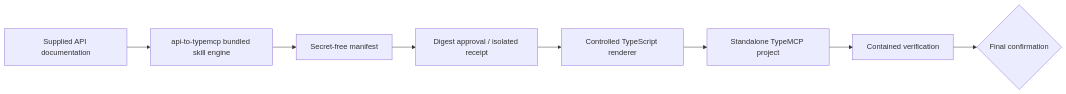
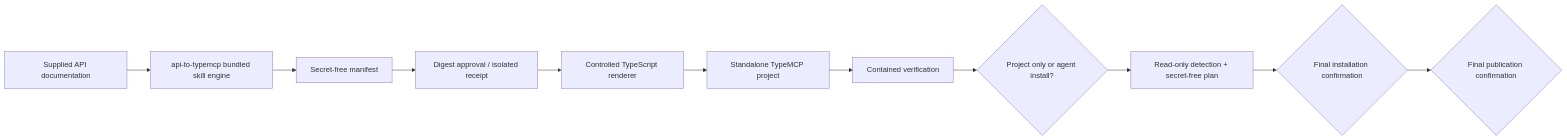
The diagram in docs/architecture/overview.md (Theorvane/type-mcp-api-agent-skill), drawn with Mermaid before and after one commit. The commit also changed 6 other files, not shown here.

Commit message:
feat: detect supported MCP agent clients read-only

````diff
--- a/docs/architecture/overview.md
+++ b/docs/architecture/overview.md
@@ -7,10 +7,13 @@
 ```mermaid
 flowchart LR
   Source[Supplied API documentation] --> Engine[api-to-typemcp bundled skill engine]
   Engine --> Manifest[Secret-free manifest]
   Manifest --> Approval[Digest approval / isolated receipt]
   Approval --> Render[Controlled TypeScript renderer]
   Render --> Project[Standalone TypeMCP project]
   Project --> Verify[Contained verification]
-  Verify --> Publish{Final confirmation}
+  Verify --> InstallChoice{Project only or agent install?}
+  InstallChoice --> Plan[Read-only detection + secret-free plan]
+  Plan --> InstallConfirm{Final installation confirmation}
+  InstallConfirm --> Publish{Final publication confirmation}
 ```
````
